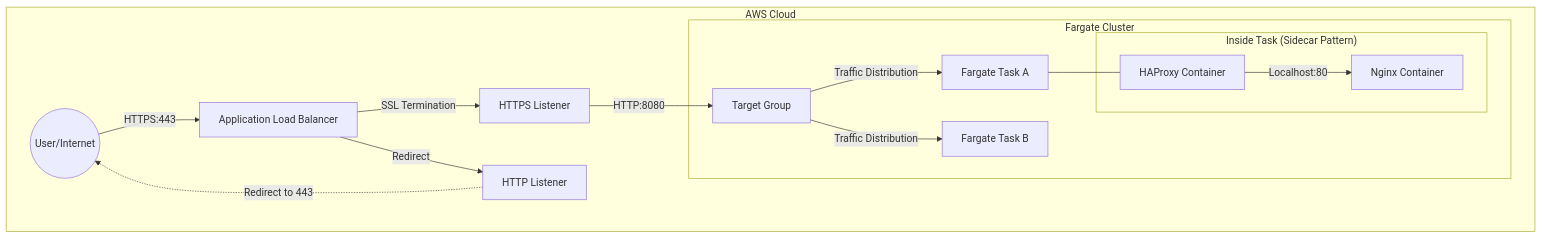
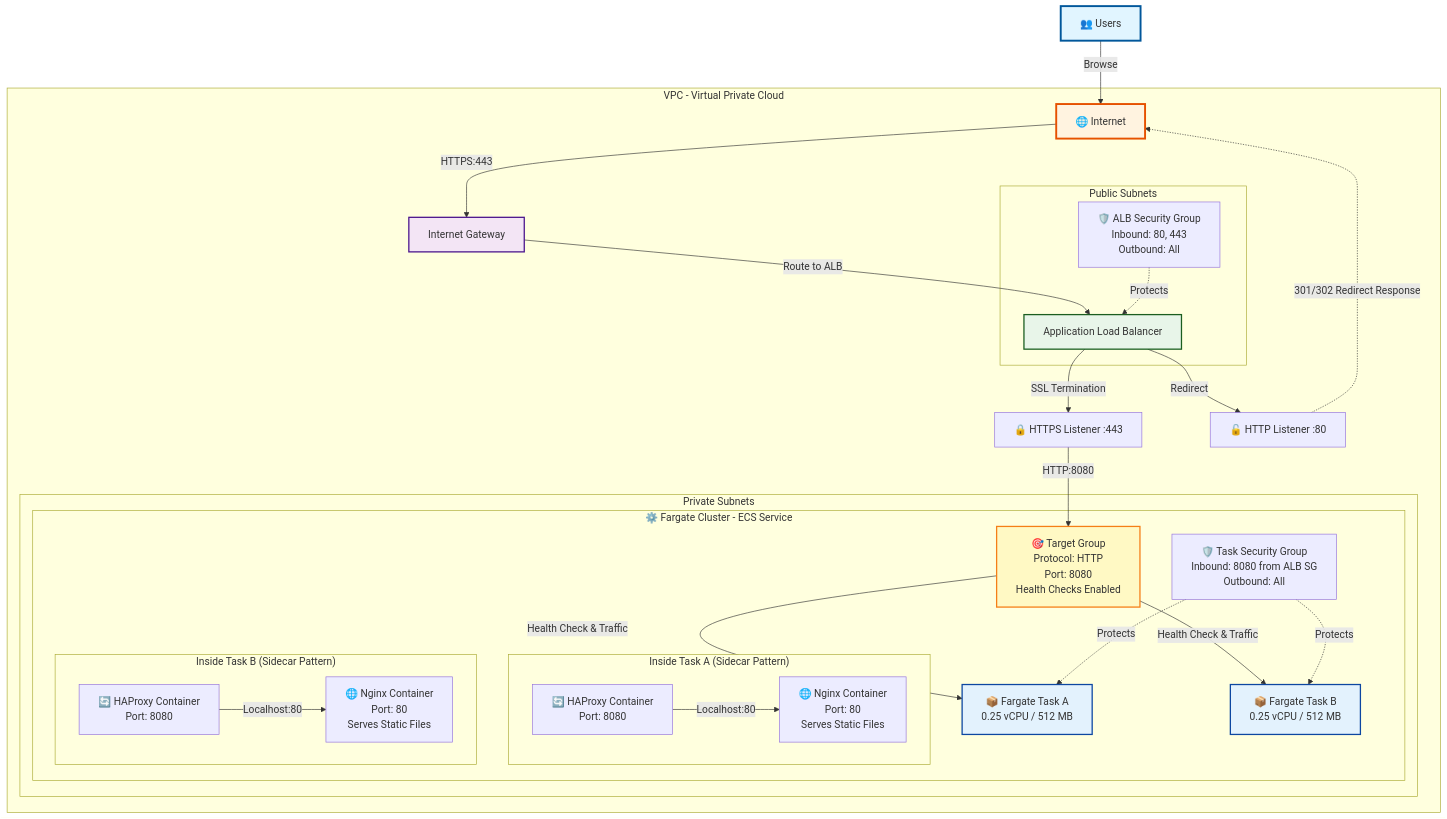
One commit to thuongdv/ds-dashboard changed the diagram in iac/README.md. Above: the diagram before and after it, drawn with Mermaid. The commit also changed other lines of this file, not shown here.

Commit message:
Update iac diagram (#11)

````diff
--- a/iac/README.md
+++ b/iac/README.md
@@ -7,24 +7,49 @@
 ```mermaid
 graph TD
-    User((User/Internet)) -->|HTTPS:443| ALB[Application Load Balancer]
-    
-    subgraph AWS Cloud
-        ALB -->|SSL Termination| Listener443[HTTPS Listener]
-        ALB -->|Redirect| Listener80[HTTP Listener]
-        Listener80 -.->|Redirect to 443| User
-        
-        Listener443 -->|HTTP:8080| TG[Target Group]
-        
-        subgraph Fargate Cluster
-            TG -->|Traffic Distribution| Task1[Fargate Task A]
-            TG -->|Traffic Distribution| Task2[Fargate Task B]
-            
-            subgraph "Inside Task (Sidecar Pattern)"
-                H1[HAProxy Container] -->|Localhost:80| N1[Nginx Container]
+    Users[👥 Users] -->|Browse| Internet[🌐 Internet]
+    Internet -->|HTTPS:443| IGW[Internet Gateway]
+
+    subgraph VPC[VPC - Virtual Private Cloud]
+        IGW -->|Route to ALB| ALB[Application Load Balancer]
+
+        subgraph PublicSubnets[Public Subnets]
+            ALB
+            ALBSG[🛡️ ALB Security Group<br/>Inbound: 80, 443<br/>Outbound: All]
+        end
+
+        ALB -->|SSL Termination| Listener443[🔒 HTTPS Listener :443]
+        ALB -->|Redirect| Listener80[🔓 HTTP Listener :80]
+        Listener80 -.->|301/302 Redirect Response| Internet
+
+        Listener443 -->|HTTP:8080| TG[🎯 Target Group<br/>Protocol: HTTP<br/>Port: 8080<br/>Health Checks Enabled]
+
+        subgraph PrivateSubnets[Private Subnets]
+            subgraph FargateCluster[⚙️ Fargate Cluster - ECS Service]
+                TG -->|Health Check & Traffic| Task1[📦 Fargate Task A<br/>0.25 vCPU / 512 MB]
+                TG -->|Health Check & Traffic| Task2[📦 Fargate Task B<br/>0.25 vCPU / 512 MB]
+
+                TaskSG[🛡️ Task Security Group<br/>Inbound: 8080 from ALB SG<br/>Outbound: All]
+
+                subgraph Task1Sidecar["Inside Task A (Sidecar Pattern)"]
+                    H1[🔄 HAProxy Container<br/>Port: 8080] -->|Localhost:80| N1[🌐 Nginx Container<br/>Port: 80<br/>Serves Static Files]
+                end
+
+                subgraph Task2Sidecar["Inside Task B (Sidecar Pattern)"]
+                    H2[🔄 HAProxy Container<br/>Port: 8080] -->|Localhost:80| N2[🌐 Nginx Container<br/>Port: 80<br/>Serves Static Files]
+                end
             end
         end
+
+        TaskSG -.->|Protects| Task1
+        TaskSG -.->|Protects| Task2
+        ALBSG -.->|Protects| ALB
     end
-    
-    %% Relationships for Task 1
-    Task1 --- H1
+
+    style Users fill:#e1f5ff,stroke:#01579b,stroke-width:3px
+    style Internet fill:#fff3e0,stroke:#e65100,stroke-width:3px
+    style IGW fill:#f3e5f5,stroke:#4a148c,stroke-width:2px
+    style ALB fill:#e8f5e9,stroke:#1b5e20,stroke-width:2px
+    style TG fill:#fff9c4,stroke:#f57f17,stroke-width:2px
+    style Task1 fill:#e3f2fd,stroke:#0d47a1,stroke-width:2px
+    style Task2 fill:#e3f2fd,stroke:#0d47a1,stroke-width:2px
 ```
````
